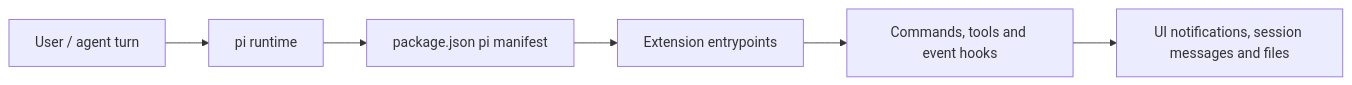
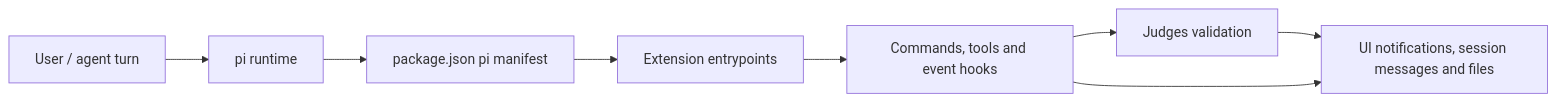
Before and after one commit to vinilana/pi-extensions-aicoders: the diagram in .context/docs/architecture.md, drawn with Mermaid. The commit also changed other lines of this file and 24 other files, not shown here.

````diff
--- a/.context/docs/architecture.md
+++ b/.context/docs/architecture.md
@@ -44,8 +46,10 @@
 ```mermaid
 flowchart LR
   User[User / agent turn] --> Pi[pi runtime]
   Pi --> Manifest[package.json pi manifest]
   Manifest --> Ext[Extension entrypoints]
   Ext --> Contracts[Commands, tools and event hooks]
-  Contracts --> Output[UI notifications, session messages and files]
+  Contracts --> Judges[Judges validation]
+  Judges --> Output[UI notifications, session messages and files]
+  Contracts --> Output
 ```
````
